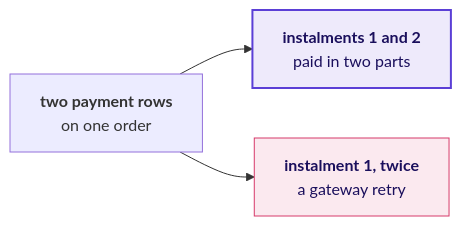
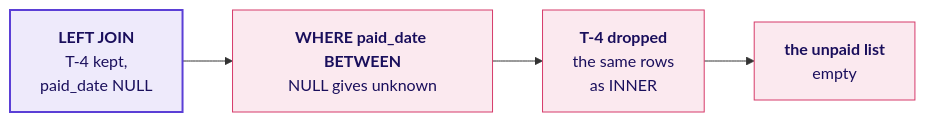
Before and after one commit to fde-academy-lab/c2-content-factory: diagram 19 of 25 in content/W02/D2/slides/C2_W02_D02_half1_STUDENT.md, drawn with Mermaid. The commit also changed other lines of this file and 11 other files, not shown here.

````diff
--- a/content/W02/D2/slides/C2_W02_D02_half1_STUDENT.md
+++ b/content/W02/D2/slides/C2_W02_D02_half1_STUDENT.md
@@ -873,10 +1413,10 @@
 ```mermaid
 flowchart LR
-    T["<b>two payment rows</b><br/>on one order"] --> I["<b>instalments 1 and 2</b><br/>paid in two parts"]
-    T --> R["<b>instalment 1, twice</b><br/>a gateway retry"]
+    L["<b>LEFT JOIN</b><br/>T-4 kept,<br/>paid_date NULL"] --> W["<b>WHERE paid_date BETWEEN</b><br/>NULL gives unknown"]
+    W --> D["<b>T-4 dropped</b><br/>the same rows<br/>as INNER"]
+    D --> E["<b>the unpaid list</b><br/>empty"]
+    classDef bad fill:#FBE9EF,stroke:#D63A6A,color:#1A0F5C
     classDef known fill:#EEEAFB,stroke:#5B3FD6,color:#1A0F5C,stroke-width:2px
-    classDef bad fill:#FBE9EF,stroke:#D63A6A,color:#1A0F5C
-    classDef unknown fill:#FFFFFF,stroke:#B8B2D6,color:#6B6690,stroke-dasharray:4 3
-    class I known
-    class R bad
+    class L known
+    class W,D,E bad
 ```
````
